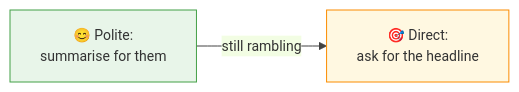
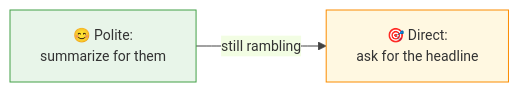
One commit to senthilkumarm1901/learn_by_blogging changed diagram 15 of 21 in posts/formal_communication/meeting-fluency-playbook.qmd. Above: the diagram before and after it, drawn with Mermaid. The commit also changed other lines of this file and 1 other file, not shown here.

````diff
--- a/posts/formal_communication/meeting-fluency-playbook.qmd
+++ b/posts/formal_communication/meeting-fluency-playbook.qmd
@@ -486,8 +559,8 @@
 ```{mermaid}
 %%{init: {'theme': 'base', 'themeVariables': {'primaryColor': '#E3F2FD', 'primaryBorderColor': '#1E88E5', 'lineColor': '#424242', 'fontSize': '14px'}}}%%
 flowchart LR
-    P["😊 Polite:<br/>summarise for them"]:::exploring -->|"still rambling"| D["🎯 Direct:<br/>ask for the headline"]:::challenging
+    P["😊 Polite:<br/>summarize for them"]:::exploring -->|"still rambling"| D["🎯 Direct:<br/>ask for the headline"]:::challenging
 
     classDef exploring fill:#E8F5E9,stroke:#43A047,stroke-width:1px;
     classDef challenging fill:#FFF8E1,stroke:#FB8C00,stroke-width:1px;
 ```
````
